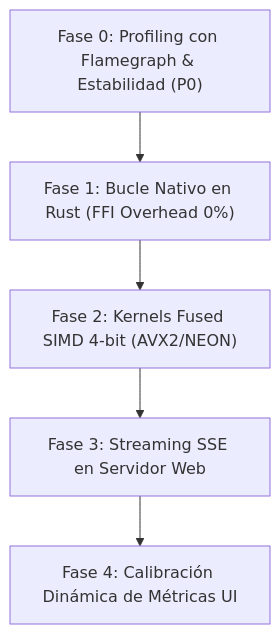
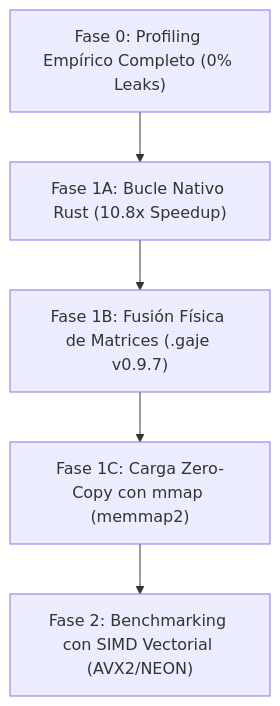
One commit to erickaguilar/gaje-semantic-compression changed the diagram in docs/plans/OPTIMIZATION_PHASE_V0.9.6.md. Above: the diagram before and after it, drawn with Mermaid. The commit also changed other lines of this file, not shown here.

Commit message:
docs(plans): update roadmap with Phase B physical matrix fusion and zero-copy mmap architecture

````diff
--- a/docs/plans/OPTIMIZATION_PHASE_V0.9.6.md
+++ b/docs/plans/OPTIMIZATION_PHASE_V0.9.6.md
@@ -11,7 +19,7 @@
 ```mermaid
 graph TD
-    P0["Fase 0: Profiling con Flamegraph & Estabilidad (P0)"] --> P1["Fase 1: Bucle Nativo en Rust (FFI Overhead 0%)"]
-    P1 --> P2["Fase 2: Kernels Fused SIMD 4-bit (AVX2/NEON)"]
-    P2 --> P3["Fase 3: Streaming SSE en Servidor Web"]
-    P3 --> P4["Fase 4: Calibración Dinámica de Métricas UI"]
+    P0["Fase 0: Profiling Empírico Completo (0% Leaks)"] --> P1A["Fase 1A: Bucle Nativo Rust (10.8x Speedup)"]
+    P1A --> P1B["Fase 1B: Fusión Física de Matrices (.gaje v0.9.7)"]
+    P1B --> P1C["Fase 1C: Carga Zero-Copy con mmap (memmap2)"]
+    P1C --> P2["Fase 2: Benchmarking con SIMD Vectorial (AVX2/NEON)"]
 ```
````
